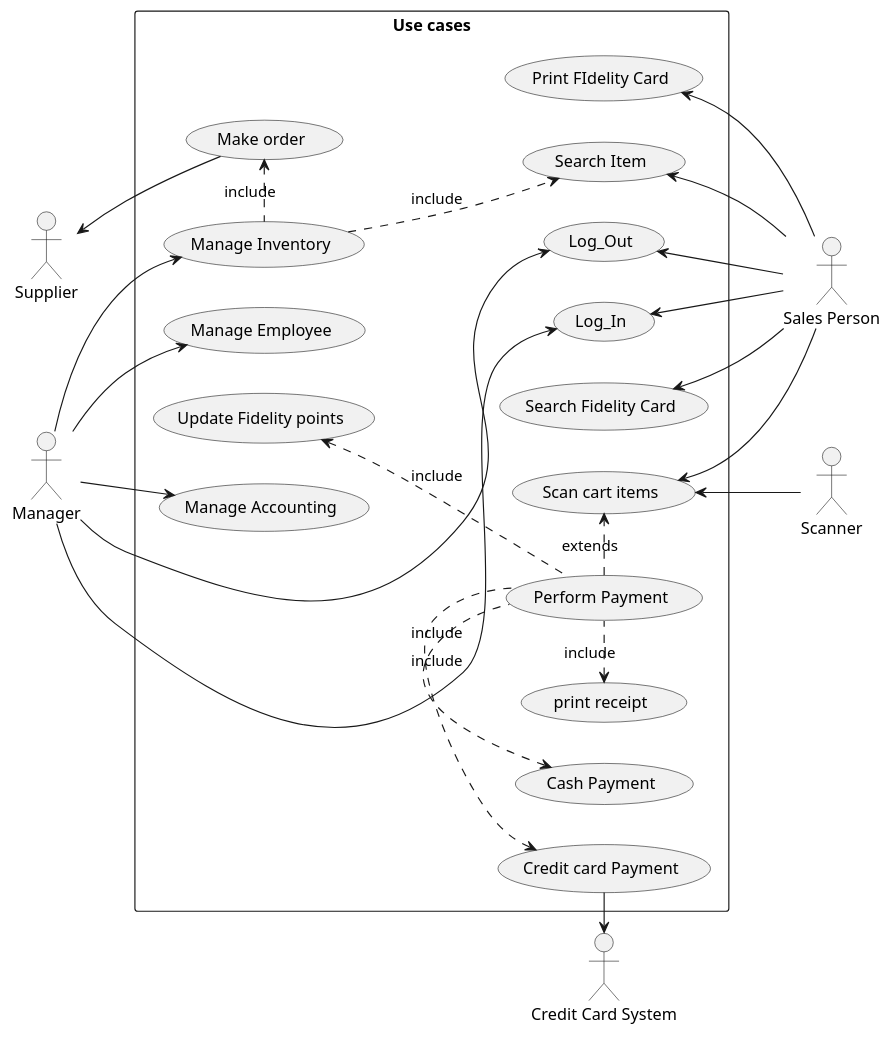
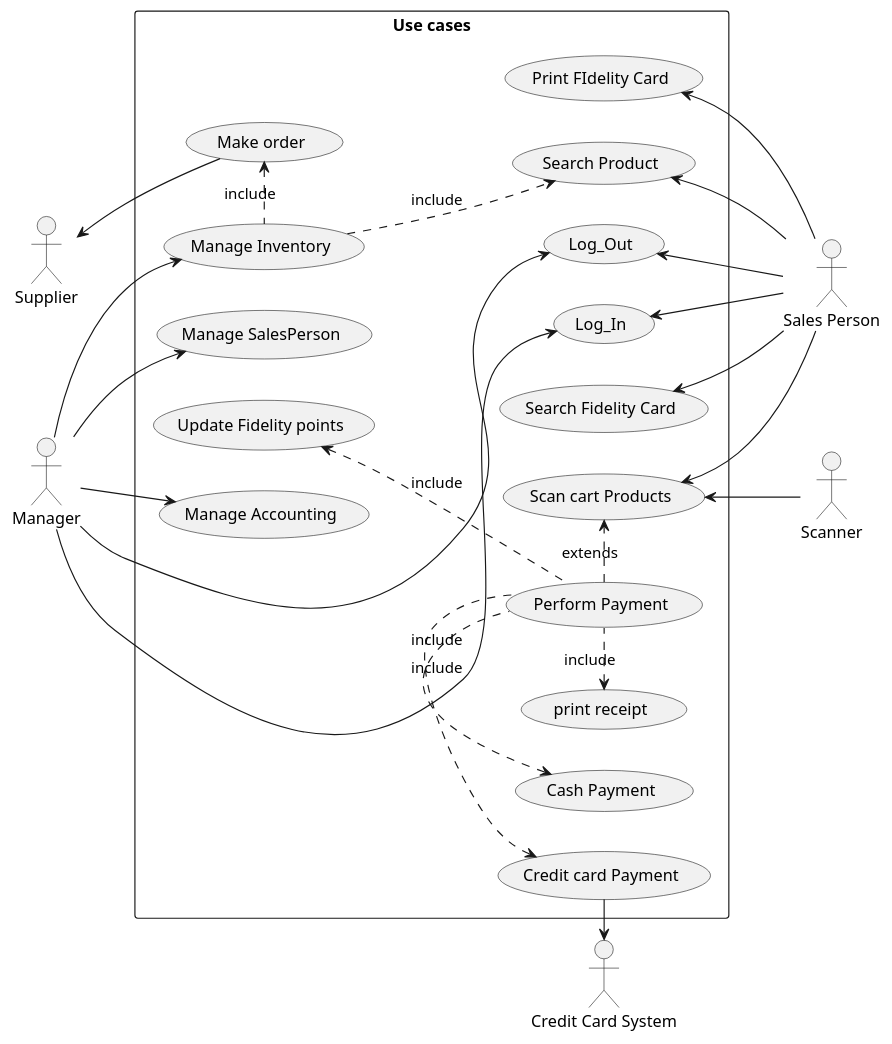
The second of 5 diagrams in Deliverables/RequirementsDocument.md (zitabou/EZShop), drawn with PlantUML before and after one commit. The commit also changed other lines of this file, not shown here.

```diff
--- a/Deliverables/RequirementsDocument.md
+++ b/Deliverables/RequirementsDocument.md
@@ -211,7 +215,7 @@
 usecase "Log_Out" as lo
 
 usecase "Manage Inventory" as mi
-usecase "Manage Employee" as me
+usecase "Manage SalesPerson" as me
 usecase "Make order" as mo
 usecase "Manage Accounting" as ma
 
@@ -220,8 +224,8 @@
 usecase "Cash Payment" as cash
 
 
-usecase "Search Item" as si
-usecase "Scan cart items" as scan
+usecase "Search Product" as si
+usecase "Scan cart Products" as scan
 usecase "print receipt" as pr
 usecase "Print FIdelity Card" as pfc
 usecase "Update Fidelity points" as ufp
```
